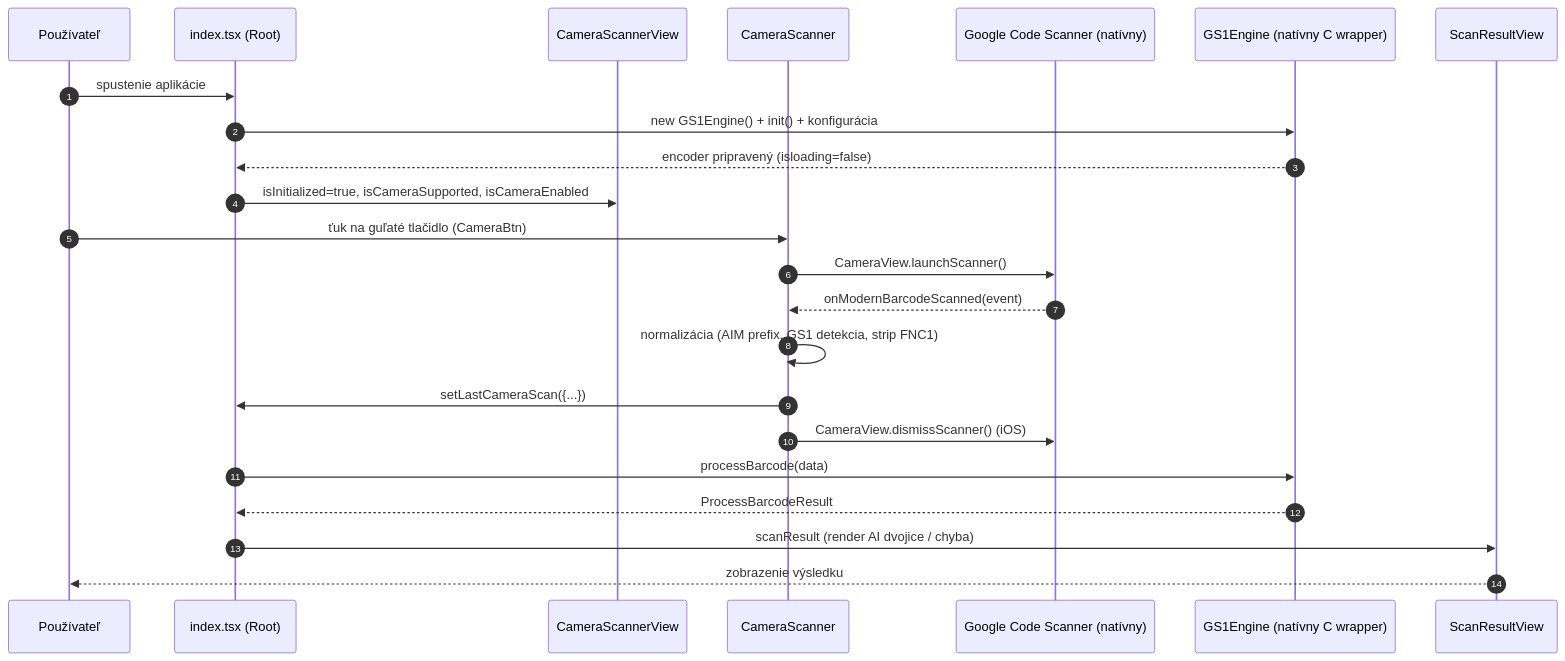
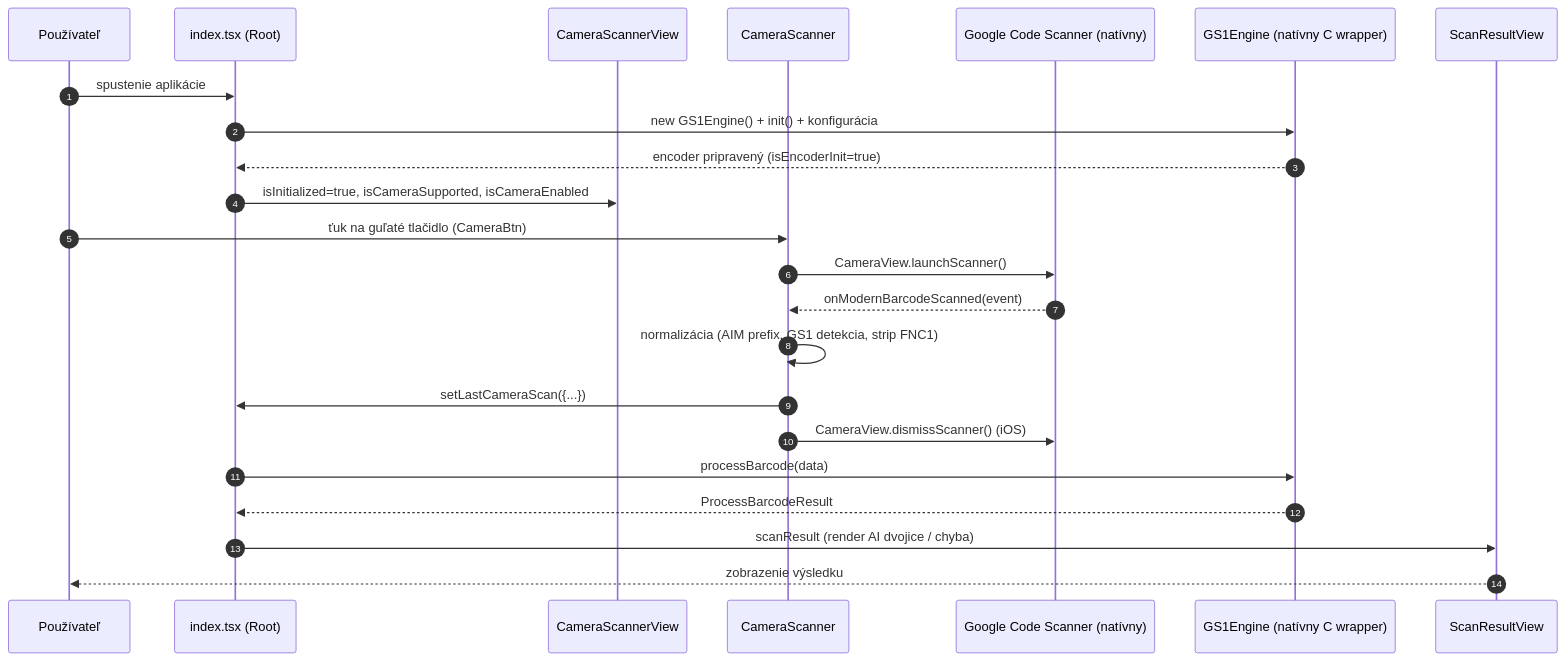
One commit to GS1SlovakiaOrg/expo-gs1-s-e-example changed the fifth of 5 diagrams in docs/02-architektura.md. Above: the diagram before and after it, drawn with Mermaid. The commit also changed other lines of this file and 5 other files, not shown here.

````diff
--- a/docs/02-architektura.md
+++ b/docs/02-architektura.md
@@ -235,26 +234,26 @@
 ```mermaid
 sequenceDiagram
     autonumber
     participant U as Používateľ
     participant I as index.tsx (Root)
     participant CSV as CameraScannerView
     participant CS as CameraScanner
     participant GC as Google Code Scanner (natívny)
     participant EN as GS1Engine (natívny C wrapper)
     participant SRV as ScanResultView
 
     U->>I: spustenie aplikácie
     I->>EN: new GS1Engine() + init() + konfigurácia
-    EN-->>I: encoder pripravený (isloading=false)
+    EN-->>I: encoder pripravený (isEncoderInit=true)
     I->>CSV: isInitialized=true, isCameraSupported, isCameraEnabled
     U->>CS: ťuk na guľaté tlačidlo (CameraBtn)
     CS->>GC: CameraView.launchScanner()
     GC-->>CS: onModernBarcodeScanned(event)
     CS->>CS: normalizácia (AIM prefix, GS1 detekcia, strip FNC1)
     CS->>I: setLastCameraScan({...})
     CS->>GC: CameraView.dismissScanner() (iOS)
     I->>EN: processBarcode(data)
     EN-->>I: ProcessBarcodeResult
     I->>SRV: scanResult (render AI dvojice / chyba)
     SRV-->>U: zobrazenie výsledku
 ```
````
